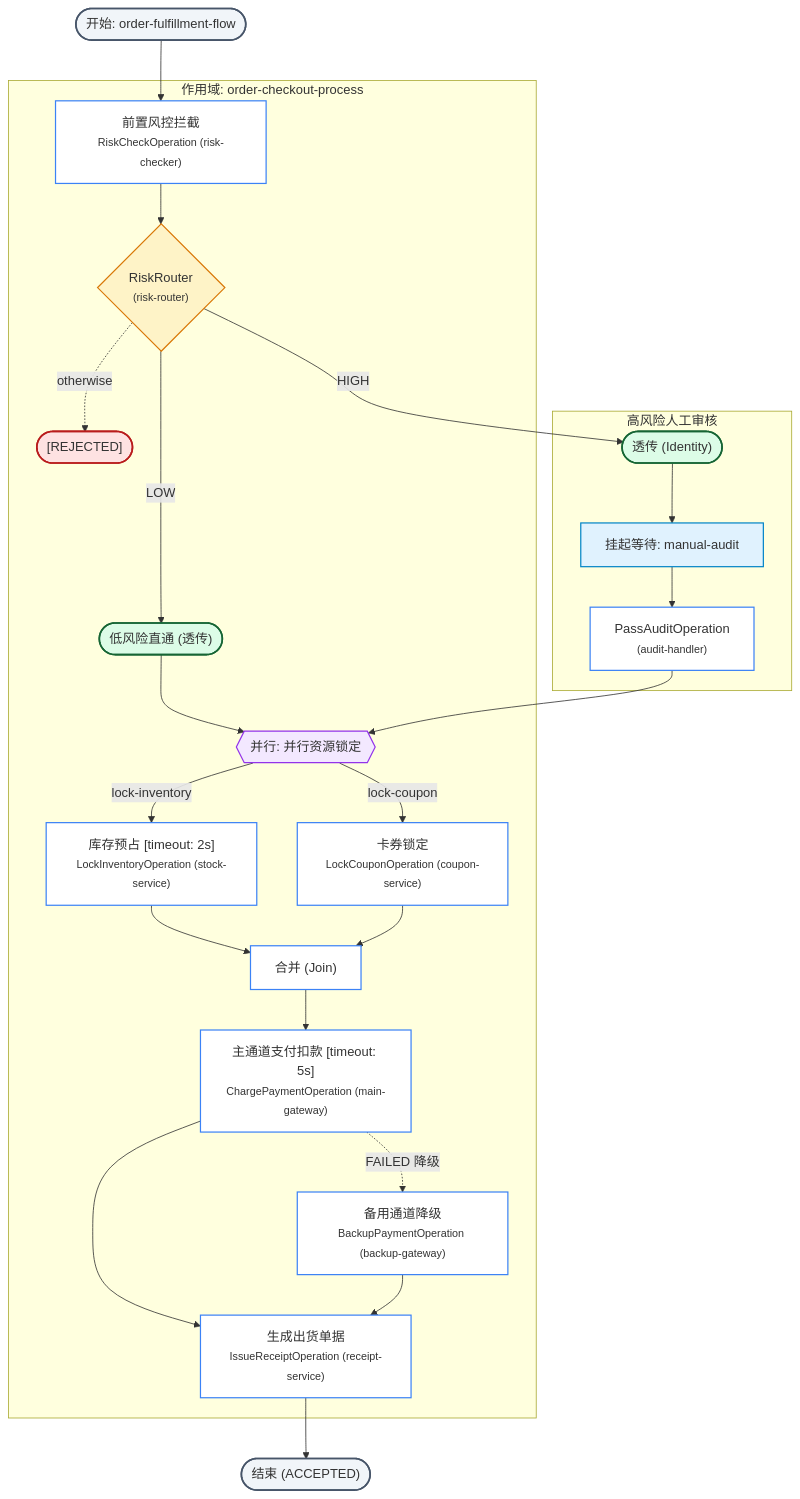
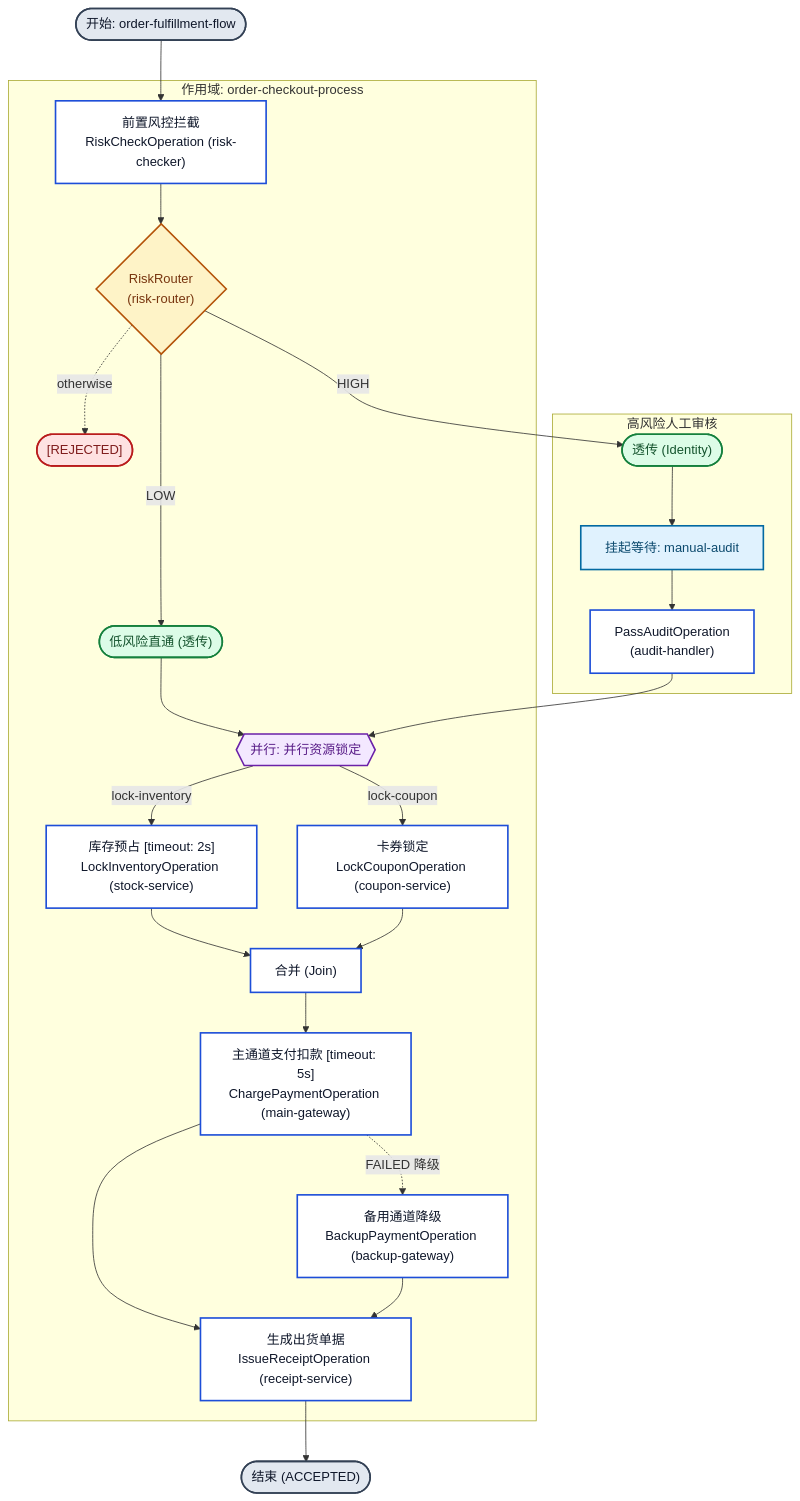
The second of 2 diagrams in docs/flow/flow-graph.md (team4u/team4u-framework), drawn with Mermaid before and after one commit. The commit also changed 1 other file, not shown here.

Commit message:
style(flow-graph): enhance font contrast and remove pale small tags in Mermaid diagrams

````diff
--- a/docs/flow/flow-graph.md
+++ b/docs/flow/flow-graph.md
@@ -161,75 +161,75 @@
 ```mermaid
 flowchart TD
     flow_start(["开始: order-fulfillment-flow"])
-    n1["前置风控拦截<br/><small>RiskCheckOperation (risk-checker)</small>"]
+    n1["前置风控拦截<br/>RiskCheckOperation (risk-checker)"]
     n2(["低风险直通 (透传)"])
     n3(["透传 (Identity)"])
     n4["挂起等待: manual-audit"]
-    n5["PassAuditOperation<br/><small>(audit-handler)</small>"]
+    n5["PassAuditOperation<br/>(audit-handler)"]
     n7(["[REJECTED]"])
-    n8{"RiskRouter<br/><small>(risk-router)</small>"}
-    n9["库存预占 [timeout: 2s]<br/><small>LockInventoryOperation (stock-service)</small>"]
-    n10["卡券锁定<br/><small>LockCouponOperation (coupon-service)</small>"]
+    n8{"RiskRouter<br/>(risk-router)"}
+    n9["库存预占 [timeout: 2s]<br/>LockInventoryOperation (stock-service)"]
+    n10["卡券锁定<br/>LockCouponOperation (coupon-service)"]
     n11{{"并行: 并行资源锁定"}}
     n12["合并 (Join)"]
-    n13["主通道支付扣款 [timeout: 5s]<br/><small>ChargePaymentOperation (main-gateway)</small>"]
-    n14["备用通道降级<br/><small>BackupPaymentOperation (backup-gateway)</small>"]
-    n15["生成出货单据<br/><small>IssueReceiptOperation (receipt-service)</small>"]
+    n13["主通道支付扣款 [timeout: 5s]<br/>ChargePaymentOperation (main-gateway)"]
+    n14["备用通道降级<br/>BackupPaymentOperation (backup-gateway)"]
+    n15["生成出货单据<br/>IssueReceiptOperation (receipt-service)"]
     flow_end(["结束 (ACCEPTED)"])
 
     subgraph sg_n6 ["高风险人工审核"]
         n3
         n4
         n5
     end
     subgraph sg_n16 ["作用域: order-checkout-process"]
         n1
         n8
         n2
         n3
         n4
         n5
         n7
         n11
         n9
         n10
         n12
         n13
         n14
         n15
     end
 
     n3 --> n4
     n4 --> n5
     n8 -->|LOW| n2
     n8 -->|HIGH| n3
     n8 -.->|otherwise| n7
     n11 -->|lock-inventory| n9
     n11 -->|lock-coupon| n10
     n9 --> n12
     n10 --> n12
     n13 -.->|FAILED 降级| n14
     n1 --> n8
     n2 --> n11
     n5 --> n11
     n12 --> n13
     n13 --> n15
     n14 --> n15
     flow_start --> n1
     n15 --> flow_end
 
-    classDef startEnd fill:#f1f5f9,stroke:#475569,stroke-width:2px;
-    classDef actionNode fill:#ffffff,stroke:#3b82f6,stroke-width:1.5px;
-    classDef routeNode fill:#fef3c7,stroke:#d97706,stroke-width:1.5px;
-    classDef parallelNode fill:#f3e8ff,stroke:#9333ea,stroke-width:1.5px;
-    classDef awaitNode fill:#e0f2fe,stroke:#0284c7,stroke-width:1.5px;
-    classDef successNode fill:#dcfce7,stroke:#166534,stroke-width:2px;
-    classDef dangerNode fill:#fee2e2,stroke:#b91c1c,stroke-width:2px;
+    classDef startEnd fill:#e2e8f0,stroke:#334155,stroke-width:2px,color:#0f172a;
+    classDef actionNode fill:#ffffff,stroke:#1d4ed8,stroke-width:2px,color:#0f172a;
+    classDef routeNode fill:#fef3c7,stroke:#b45309,stroke-width:2px,color:#78350f;
+    classDef parallelNode fill:#f3e8ff,stroke:#6b21a8,stroke-width:2px,color:#581c87;
+    classDef awaitNode fill:#e0f2fe,stroke:#0369a1,stroke-width:2px,color:#0c4a6e;
+    classDef successNode fill:#dcfce7,stroke:#15803d,stroke-width:2px,color:#14532d;
+    classDef dangerNode fill:#fee2e2,stroke:#b91c1c,stroke-width:2px,color:#7f1d1d;
     class flow_start,flow_end startEnd;
     class n1,n5,n9,n10,n12,n13,n14,n15 actionNode;
     class n8 routeNode;
     class n11 parallelNode;
     class n4 awaitNode;
     class n2,n3 successNode;
     class n7 dangerNode;
 ```
````
